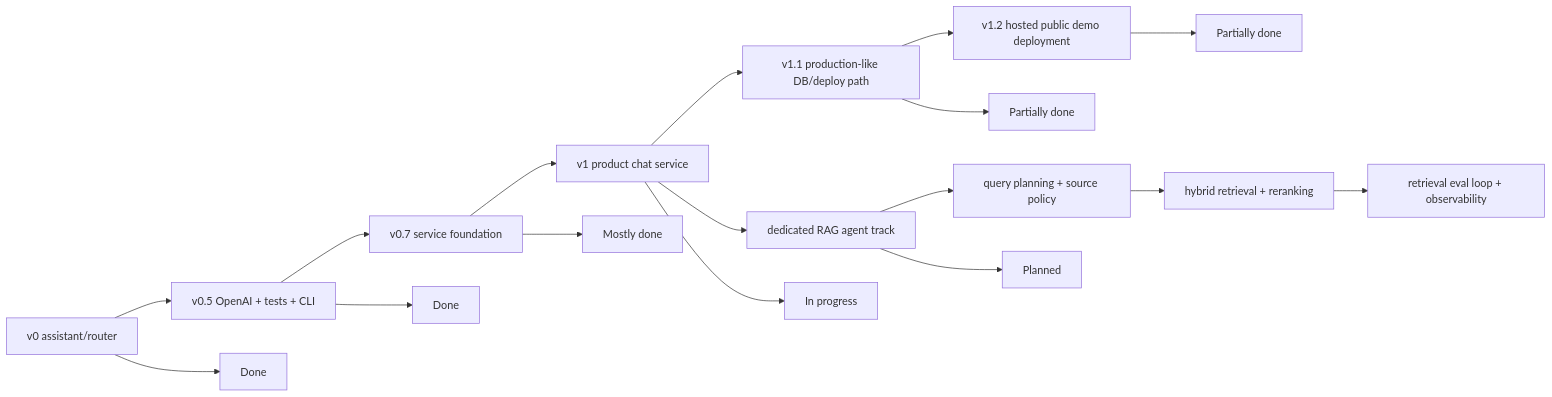
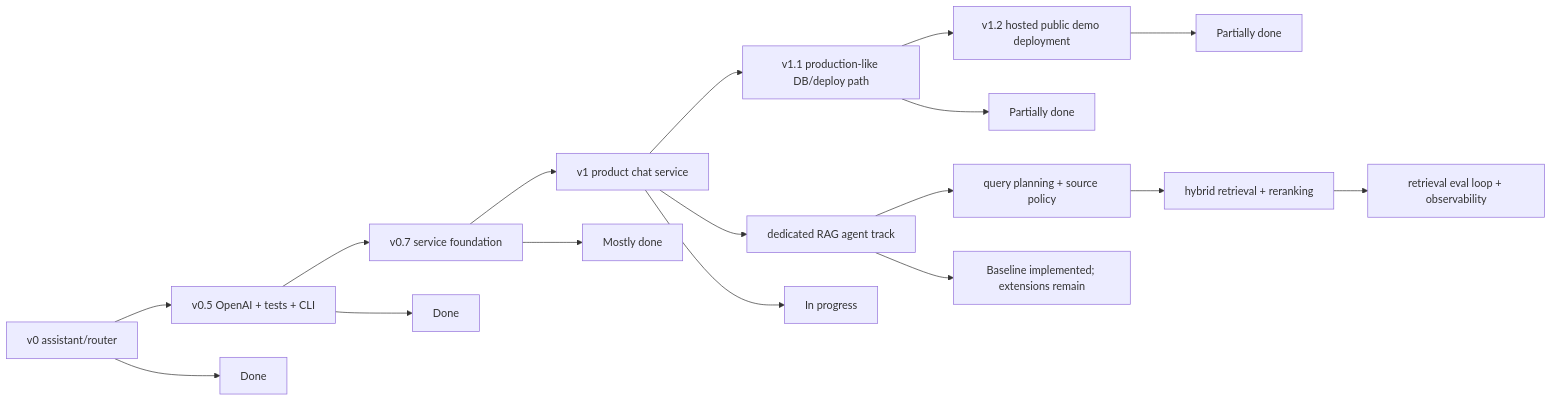
Before and after one commit to heecheon92/my-agents: the diagram in ROADMAP.md, drawn with Mermaid. The commit also changed other lines of this file and 17 other files, not shown here.

````diff
--- a/ROADMAP.md
+++ b/ROADMAP.md
@@ -39,20 +39,20 @@
 ```mermaid
 flowchart LR
     V0["v0 assistant/router"] --> V05["v0.5 OpenAI + tests + CLI"]
     V05 --> V07["v0.7 service foundation"]
     V07 --> V1["v1 product chat service"]
     V1 --> V11["v1.1 production-like DB/deploy path"]
     V11 --> V12["v1.2 hosted public demo deployment"]
     V1 --> R1["dedicated RAG agent track"]
     R1 --> R1A["query planning + source policy"]
     R1A --> R1B["hybrid retrieval + reranking"]
     R1B --> R1C["retrieval eval loop + observability"]
 
     V0 --> V0Done["Done"]
     V05 --> V05Done["Done"]
     V07 --> V07Done["Mostly done"]
     V1 --> V1Wip["In progress"]
     V11 --> V11Wip["Partially done"]
     V12 --> V12Wip["Partially done"]
-    R1 --> R1Todo["Planned"]
+    R1 --> R1Done["Baseline implemented; extensions remain"]
 ```
````
